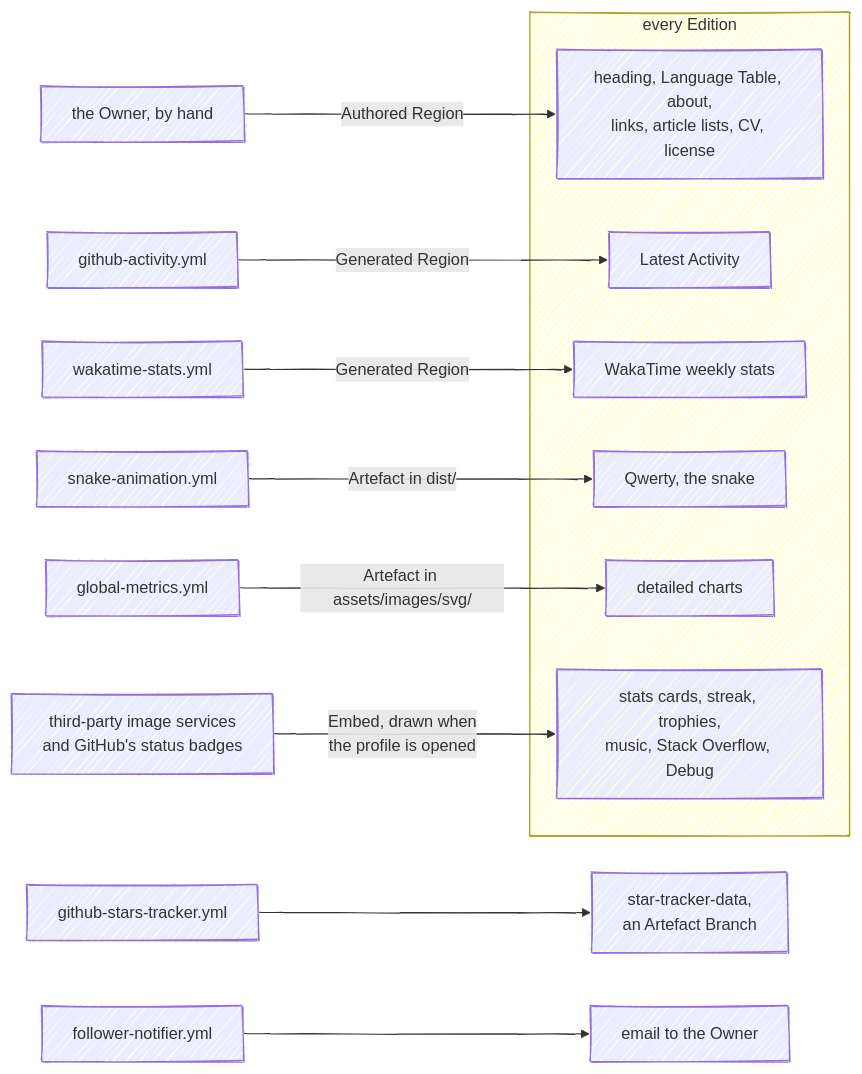
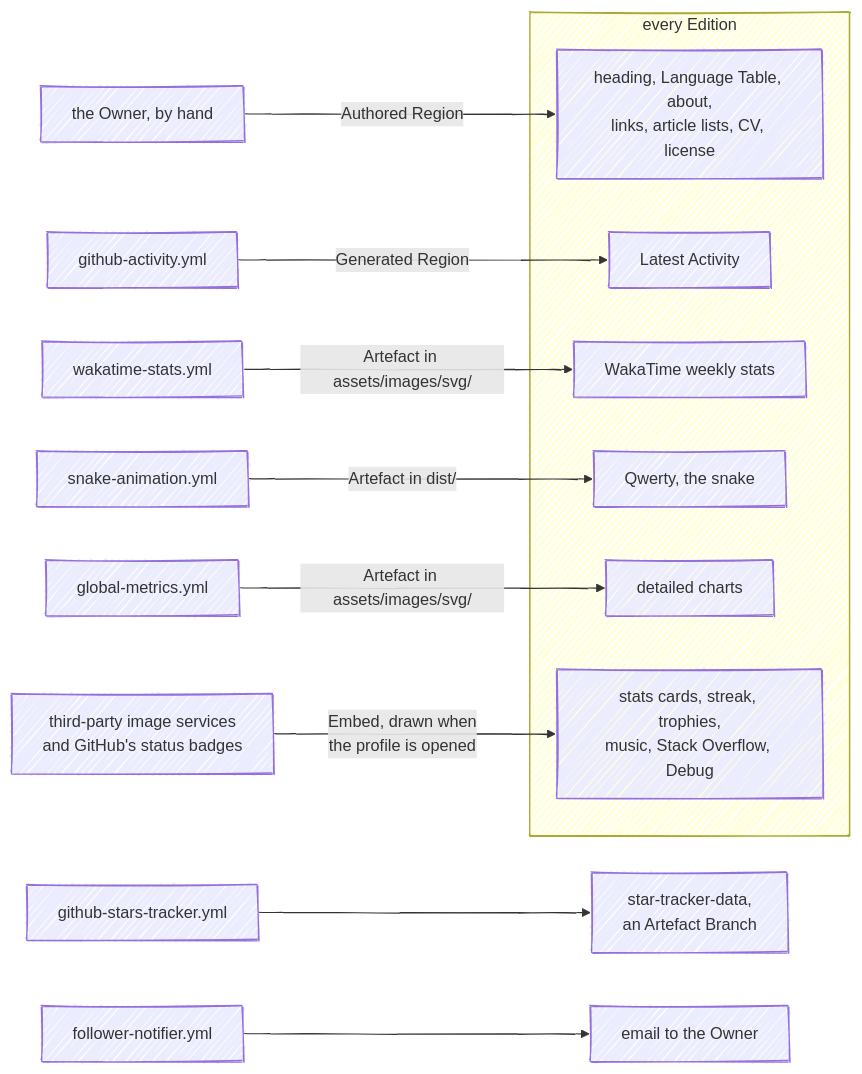
The first of 9 diagrams in ARCHITECTURE.md (fbuireu/fbuireu), drawn with Mermaid before and after one commit. The commit also changed other lines of this file and 14 other files, not shown here.

````diff
--- a/ARCHITECTURE.md
+++ b/ARCHITECTURE.md
@@ -14,24 +14,24 @@
 ```mermaid
 ---
 config:
   look: handDrawn
   layout: dagre
 ---
 flowchart LR
     owner["the Owner, by hand"] -->|"Authored Region"| authored
     ga["github-activity.yml"] -->|"Generated Region"| activity
-    ws["wakatime-stats.yml"] -->|"Generated Region"| waka
+    ws["wakatime-stats.yml"] -->|"Artefact in assets/images/svg/"| waka
     sa["snake-animation.yml"] -->|"Artefact in dist/"| snake
     gm["global-metrics.yml"] -->|"Artefact in assets/images/svg/"| metrics
     third["third-party image services<br/>and GitHub's status badges"] -->|"Embed, drawn when<br/>the profile is opened"| embeds
     subgraph edition["every Edition"]
         authored["heading, Language Table, about,<br/>links, article lists, CV, license"]
         activity["Latest Activity"]
         embeds["stats cards, streak, trophies,<br/>music, Stack Overflow, Debug"]
         waka["WakaTime weekly stats"]
         snake["Qwerty, the snake"]
         metrics["detailed charts"]
     end
     st["github-stars-tracker.yml"] --> branch["star-tracker-data,<br/>an Artefact Branch"]
     fn["follower-notifier.yml"] --> mail["email to the Owner"]
 ```
````
